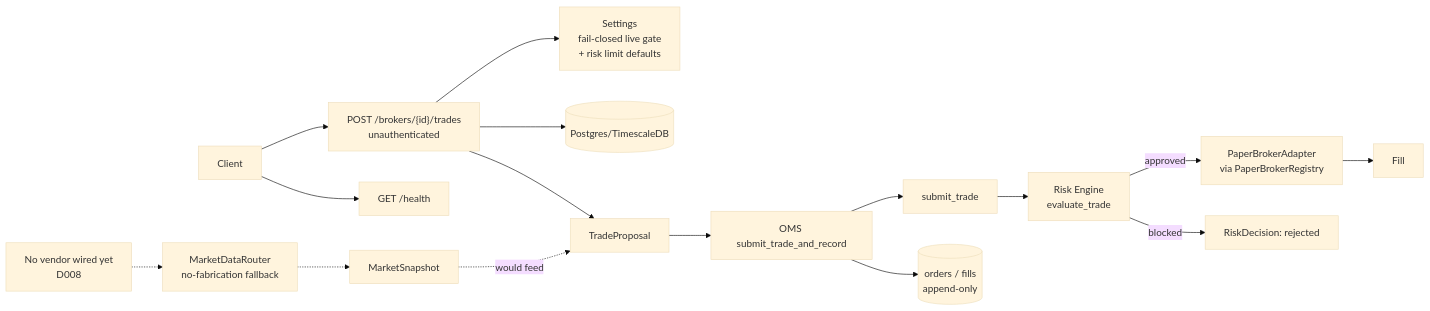
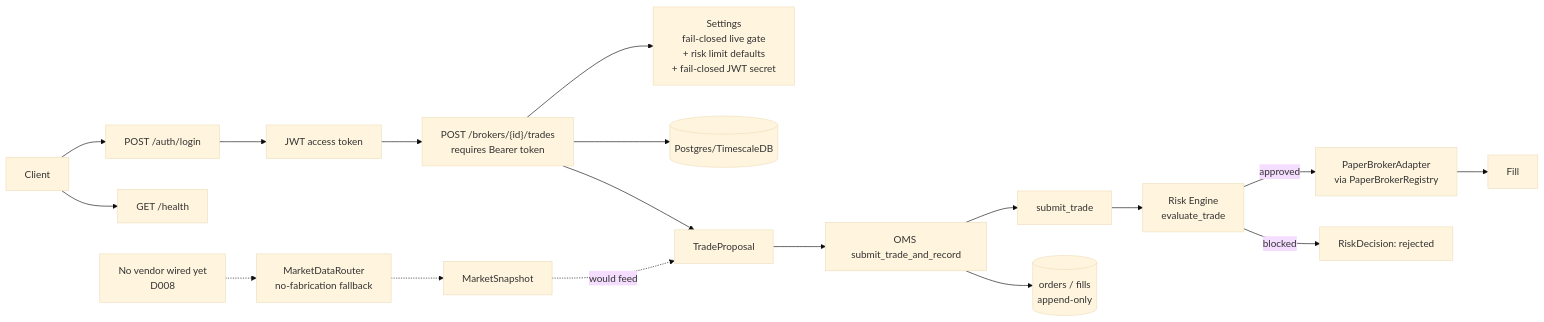
One commit to Freedomwelathlab/Trading-Agents changed the first of 2 diagrams in docs/ARCHITECTURE.md. Above: the diagram before and after it, drawn with Mermaid (base theme). The commit also changed other lines of this file and 27 other files, not shown here.

````diff
--- a/docs/ARCHITECTURE.md
+++ b/docs/ARCHITECTURE.md
@@ -5,20 +5,22 @@
 ```mermaid
 flowchart LR
-    client[Client] --> route["POST /brokers/{id}/trades\nunauthenticated"]
+    client[Client] --> login["POST /auth/login"]
+    login --> token[JWT access token]
+    token --> route["POST /brokers/{id}/trades\nrequires Bearer token"]
     client --> health[GET /health]
-    route --> settings[Settings\nfail-closed live gate\n+ risk limit defaults]
+    route --> settings[Settings\nfail-closed live gate\n+ risk limit defaults\n+ fail-closed JWT secret]
     route --> db[(Postgres/TimescaleDB)]
 
     vendors[No vendor wired yet\nD008] -.-> router[MarketDataRouter\nno-fabrication fallback]
     router -.-> snapshot[MarketSnapshot]
     snapshot -.would feed.-> proposal
 
     proposal[TradeProposal] --> persist[OMS submit_trade_and_record]
     persist --> oms[submit_trade]
     oms --> risk[Risk Engine\nevaluate_trade]
     risk -->|approved| broker[PaperBrokerAdapter\nvia PaperBrokerRegistry]
     risk -->|blocked| rejected[RiskDecision: rejected]
     broker --> fill[Fill]
     persist --> orders[(orders / fills\nappend-only)]
     route --> proposal
 ```
````
